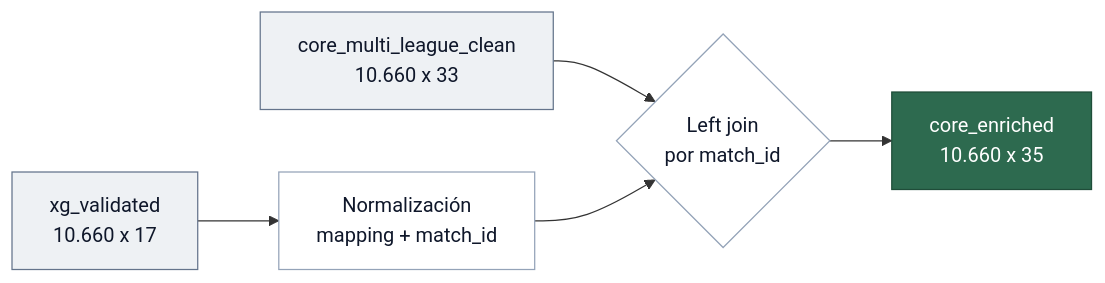
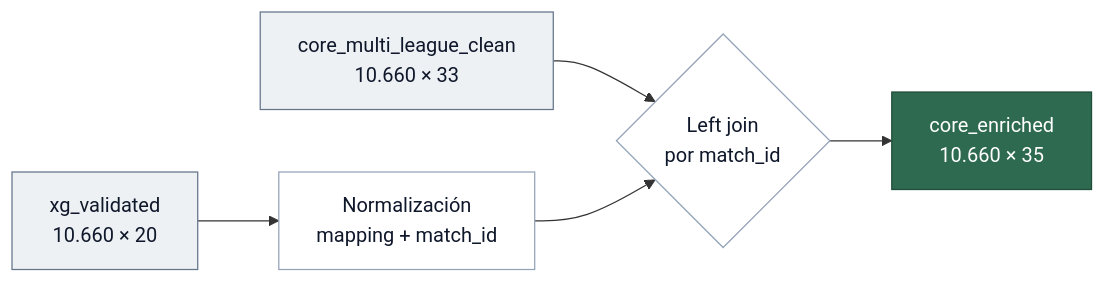
Before and after one commit to jorgepais02/PitchLens: the first of 2 diagrams in docs/05_merge_xg.md, drawn with Mermaid. The commit also changed other lines of this file and 18 other files, not shown here.

````diff
--- a/docs/05_merge_xg.md
+++ b/docs/05_merge_xg.md
@@ -10,14 +10,14 @@
 ```mermaid
 graph LR
     classDef src fill:#eef1f4,stroke:#64748b,color:#0f172a,stroke-width:1px
     classDef step fill:#ffffff,stroke:#94a3b8,color:#0f172a,stroke-width:1px
     classDef out fill:#2d6a4f,stroke:#1f4d39,color:#ffffff,stroke-width:1px
 
-    A[core_multi_league_clean<br/>10.660 x 33] --> M{Left join<br/>por match_id}
-    B[xg_validated<br/>10.660 x 17] --> N[Normalización<br/>mapping + match_id] --> M
-    M --> C[core_enriched<br/>10.660 x 35]
+    A[core_multi_league_clean<br/>10.660 × 33] --> M{Left join<br/>por match_id}
+    B[xg_validated<br/>10.660 × 20] --> N[Normalización<br/>mapping + match_id] --> M
+    M --> C[core_enriched<br/>10.660 × 35]
 
     class A,B src
     class M,N step
     class C out
 ```
````
